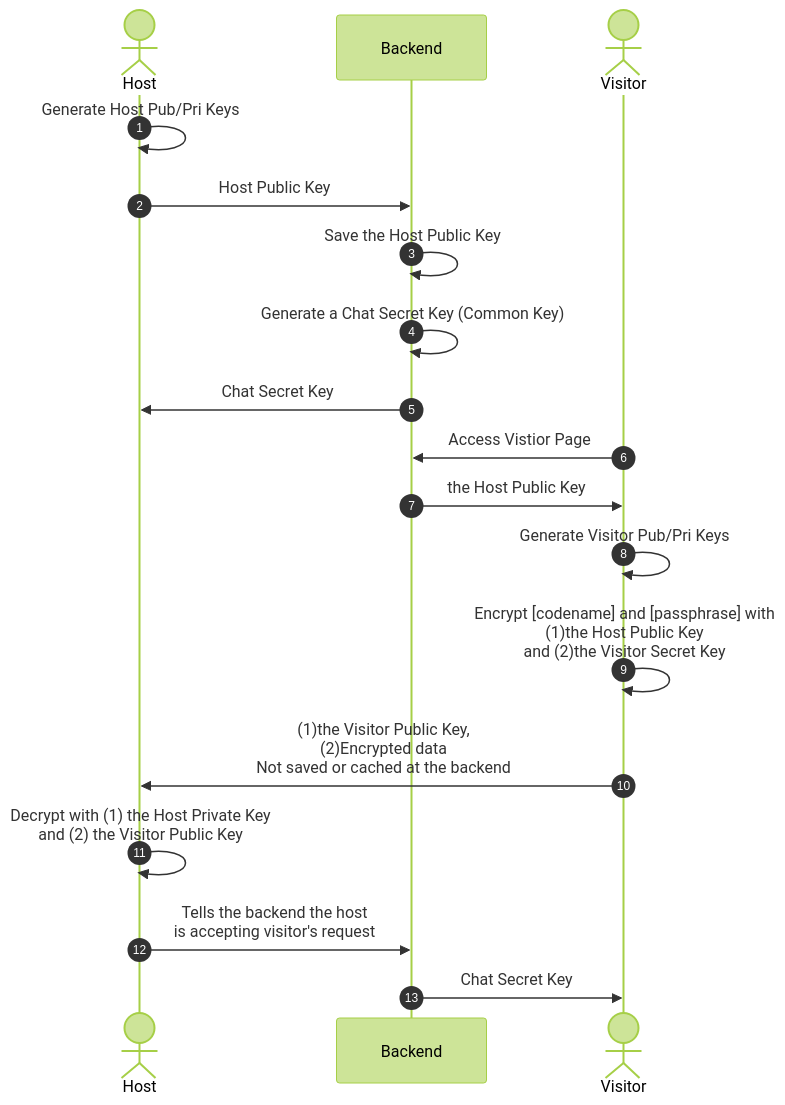
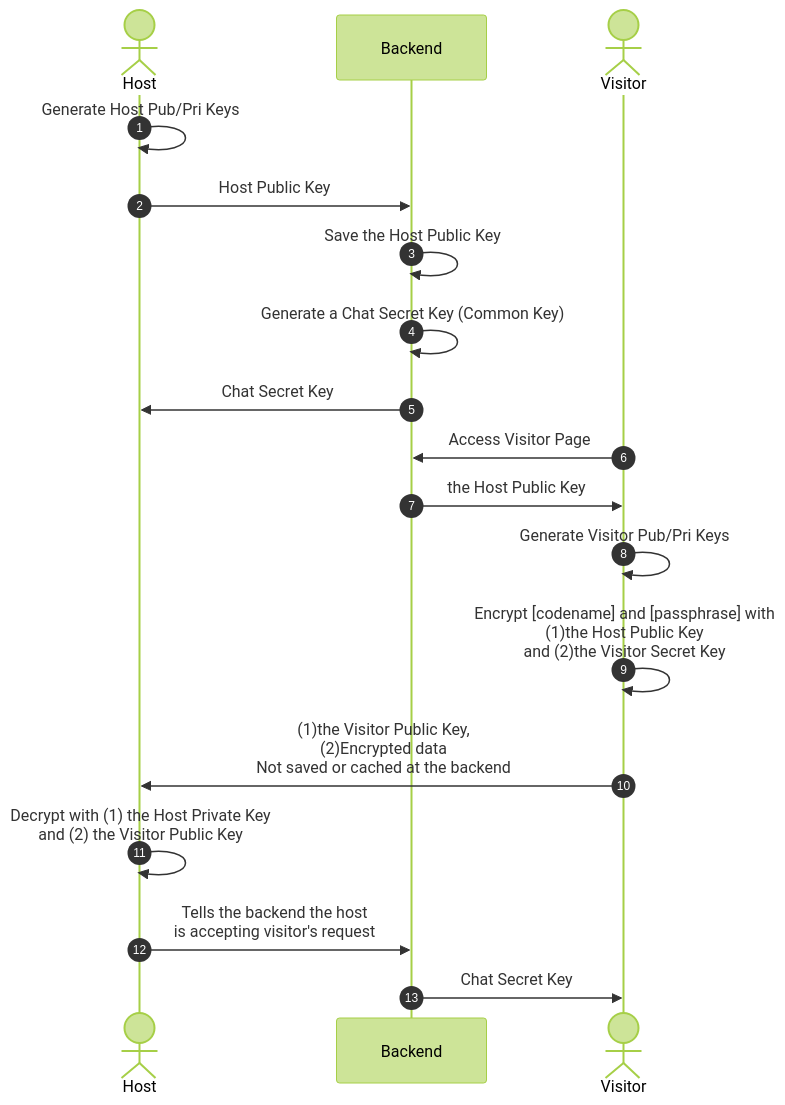
One commit to yrichika/suzumechat-frontend changed the diagram in README.md. Above: the diagram before and after it, drawn with Mermaid (forest theme). The commit also changed other lines of this file, not shown here.

````diff
--- a/README.md
+++ b/README.md
@@ -23,20 +25,20 @@
 ```mermaid
 sequenceDiagram
   autonumber
   actor Host
   participant Backend
   actor Visitor
   Host ->> Host: Generate Host Pub/Pri Keys
   Host ->> Backend: Host Public Key
   Backend ->> Backend: Save the Host Public Key
   Backend ->> Backend: Generate a Chat Secret Key (Common Key)
   Backend ->> Host: Chat Secret Key
-  Visitor ->> Backend: Access Vistior Page
+  Visitor ->> Backend: Access Visitor Page
   Backend ->> Visitor: the Host Public Key
   Visitor ->> Visitor: Generate Visitor Pub/Pri Keys
   Visitor ->> Visitor: Encrypt [codename] and [passphrase] with<br>(1)the Host Public Key <br>and (2)the Visitor Secret Key
   Visitor ->> Host: (1)the Visitor Public Key,<br>(2)Encrypted data<br>Not saved or cached at the backend
   Host ->> Host: Decrypt with (1) the Host Private Key<br>and (2) the Visitor Public Key
   Host ->> Backend: Tells the backend the host<br> is accepting visitor's request
   Backend ->> Visitor: Chat Secret Key
 ```
````
